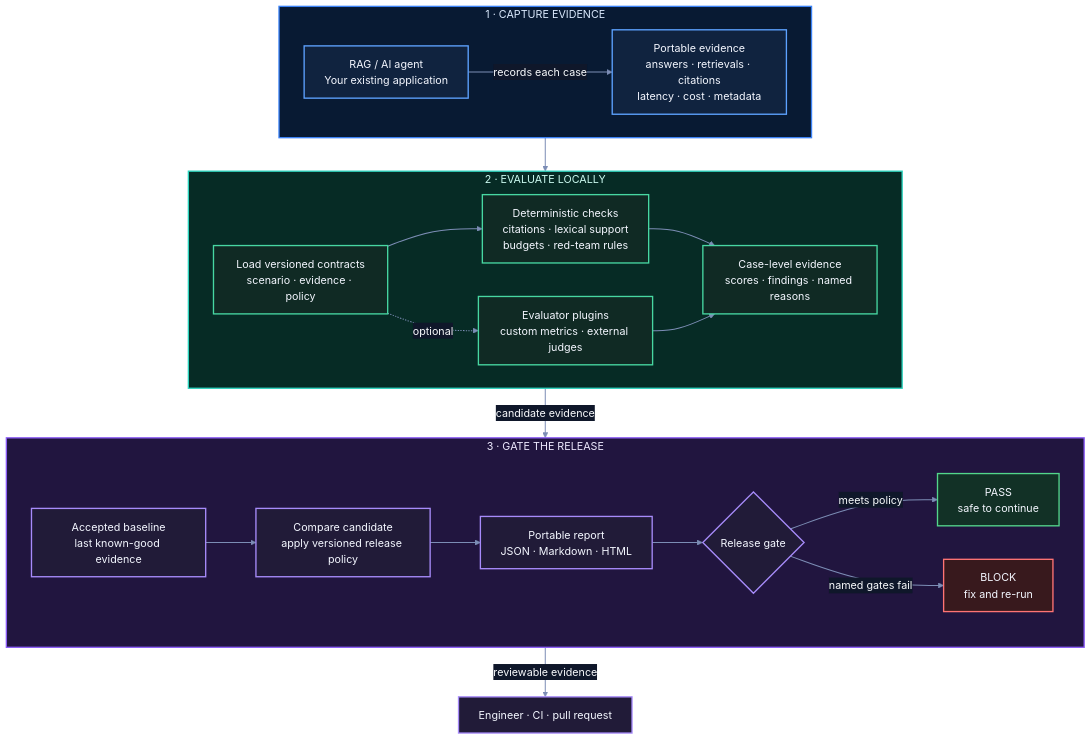
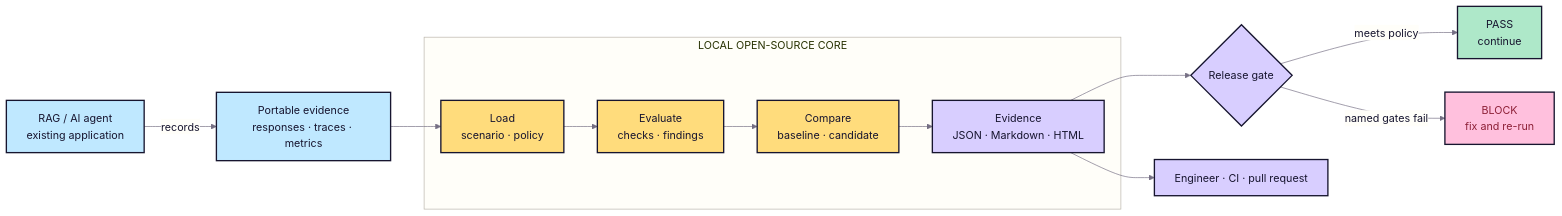
The diagram in README.md (thangldw/ragops), drawn with Mermaid before and after one commit. The commit also changed other lines of this file and 39 other files, not shown here.

````diff
--- a/README.md
+++ b/README.md
@@ -197,59 +132,37 @@
 ```mermaid
-%%{init: {"theme":"base","fontFamily":"Arial, sans-serif","flowchart":{"curve":"basis","htmlLabels":true},"themeVariables":{"background":"transparent","textColor":"#e2e8f0","lineColor":"#7c8db5","arrowheadColor":"#94a3b8","edgeLabelBackground":"#0f172a","clusterBkg":"#0b1220","clusterBorder":"#334155","primaryTextColor":"#f8fafc"}}}%%
-flowchart TB
-    subgraph SOURCE["1 · CAPTURE EVIDENCE"]
-        direction LR
-        APP["RAG / AI agent<br/>Your existing application"]
-        TRACE["Portable evidence<br/>answers · retrievals · citations<br/>latency · cost · metadata"]
-        APP -->|records each case| TRACE
+%%{init: {"theme":"base","fontFamily":"system-ui, -apple-system, BlinkMacSystemFont, Segoe UI, sans-serif","flowchart":{"curve":"basis","htmlLabels":true},"themeVariables":{"background":"#f8f6f0","primaryColor":"#ffdc7c","primaryTextColor":"#17152f","primaryBorderColor":"#17152f","secondaryColor":"#bfe8ff","tertiaryColor":"#d8ceff","lineColor":"#756f84","edgeLabelBackground":"#fffef9","clusterBkg":"#fffef9","clusterBorder":"#b9b4aa"}}}%%
+flowchart LR
+    APP["RAG / AI agent<br/>existing application"]
+    TRACE["Portable evidence<br/>responses · traces · metrics"]
+
+    subgraph CORE["LOCAL OPEN-SOURCE CORE"]
+        LOAD["Load<br/>scenario · policy"]
+        CHECK["Evaluate<br/>checks · findings"]
+        COMPARE["Compare<br/>baseline · candidate"]
+        REPORT["Evidence<br/>JSON · Markdown · HTML"]
+        LOAD --> CHECK --> COMPARE --> REPORT
     end
 
-    subgraph CORE["2 · EVALUATE LOCALLY"]
-        direction LR
-        LOAD["Load versioned contracts<br/>scenario · evidence · policy"]
-        CHECKS["Deterministic checks<br/>citations · lexical support<br/>budgets · red-team rules"]
-        PLUGINS["Evaluator plugins<br/>custom metrics · external judges"]
-        CASES["Case-level evidence<br/>scores · findings · named reasons"]
+    GATE{"Release gate"}
+    PASS["PASS<br/>continue"]
+    BLOCK["BLOCK<br/>fix and re-run"]
+    REVIEW["Engineer · CI · pull request"]
 
-        LOAD --> CHECKS
-        LOAD -. optional .-> PLUGINS
-        CHECKS --> CASES
-        PLUGINS --> CASES
-    end
+    APP -->|records| TRACE --> LOAD
+    REPORT --> GATE
+    GATE -->|meets policy| PASS
+    GATE -->|named gates fail| BLOCK
+    REPORT --> REVIEW
 
-    subgraph DECIDE["3 · GATE THE RELEASE"]
-        direction LR
-        BASE["Accepted baseline<br/>last known-good evidence"]
-        COMPARE["Compare candidate<br/>apply versioned release policy"]
-        REPORT["Portable report<br/>JSON · Markdown · HTML"]
-        GATE{"Release gate"}
-        PASS["PASS<br/>safe to continue"]
-        BLOCK["BLOCK<br/>fix and re-run"]
-
-        BASE --> COMPARE
-        COMPARE --> REPORT --> GATE
-        GATE -->|meets policy| PASS
-        GATE -->|named gates fail| BLOCK
-    end
-
-    TRACE --> LOAD
-    CASES -->|candidate evidence| COMPARE
-    REPORT -->|reviewable evidence| REVIEW["Engineer · CI · pull request"]
-
-    classDef source fill:#10233f,stroke:#5da2ff,color:#f4f7ff,stroke-width:2px;
-    classDef core fill:#102a24,stroke:#47d7a2,color:#f4f7ff,stroke-width:2px;
-    classDef decision fill:#211b38,stroke:#a78bfa,color:#f4f7ff,stroke-width:2px;
-    classDef pass fill:#123126,stroke:#53d68b,color:#f4f7ff,stroke-width:2px;
-    classDef block fill:#38191d,stroke:#ff7474,color:#f4f7ff,stroke-width:2px;
+    classDef source fill:#bfe8ff,stroke:#17152f,color:#17152f,stroke-width:2px;
+    classDef core fill:#ffdc7c,stroke:#17152f,color:#17152f,stroke-width:2px;
+    classDef report fill:#d8ceff,stroke:#17152f,color:#17152f,stroke-width:2px;
+    classDef pass fill:#aee8c9,stroke:#17152f,color:#17152f,stroke-width:2px;
+    classDef block fill:#ffc0dd,stroke:#17152f,color:#8d2037,stroke-width:2px;
 
     class APP,TRACE source;
-    class LOAD,CHECKS,PLUGINS,CASES core;
-    class BASE,COMPARE,REPORT,GATE,REVIEW decision;
+    class LOAD,CHECK,COMPARE core;
+    class REPORT,GATE,REVIEW report;
     class PASS pass;
     class BLOCK block;
-
-    style SOURCE fill:#081a33,stroke:#3b82f6,stroke-width:2px,color:#dbeafe;
-    style CORE fill:#062b25,stroke:#2dd4bf,stroke-width:2px,color:#ccfbf1;
-    style DECIDE fill:#21153f,stroke:#8b5cf6,stroke-width:2px,color:#ede9fe;
-    linkStyle default stroke:#7c8db5,stroke-width:1.5px;
 ```
````
